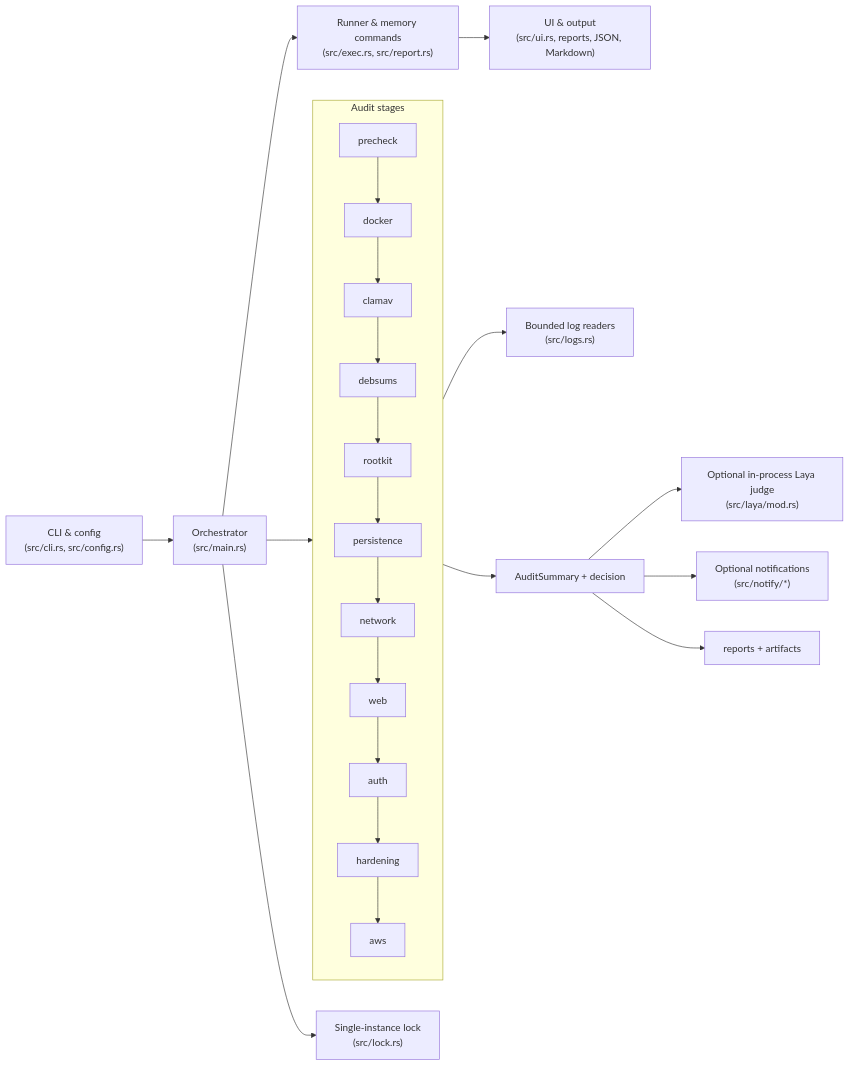
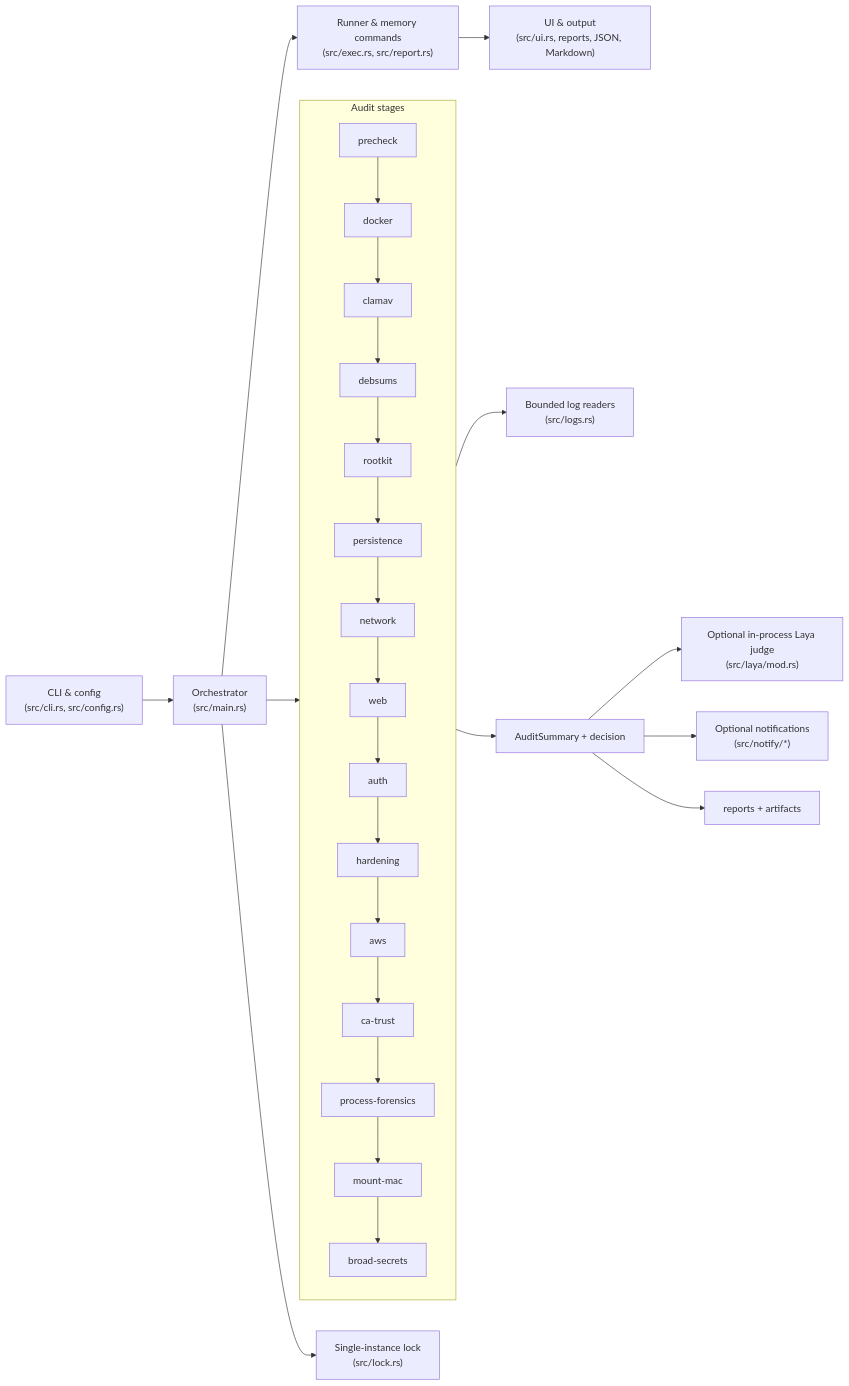
The diagram in README.md (albertjimenez/rs-security-checker), drawn with Mermaid before and after one commit. The commit also changed other lines of this file and 19 other files, not shown here.

Commit message:
- Added cd.yml and fixed ci.yml plus covering Jenkinsfile and shell syntax - Fixed tests that relied on not accessible paths - Implemented 4 new stages:   - Mount & MAC Audit   - Process Forensics   - Broad Secret Discovery   - CA Trust & eMudhra Audit

````diff
--- a/README.md
+++ b/README.md
@@ -278,26 +298,27 @@
 ```mermaid
 flowchart LR
     CLI["CLI & config\n(src/cli.rs, src/config.rs)"]
     RUN["Orchestrator\n(src/main.rs)"]
     RUNNER["Runner & memory commands\n(src/exec.rs, src/report.rs)"]
     LOCK["Single-instance lock\n(src/lock.rs)"]
     UI["UI & output\n(src/ui.rs, reports, JSON, Markdown)"]
 
     CLI --> RUN
     RUN --> RUNNER
     RUN --> LOCK
     RUNNER --> UI
 
     subgraph stages ["Audit stages"]
         S1["precheck"] --> S2["docker"] --> S3["clamav"] --> S4["debsums"]
         S4 --> S5["rootkit"] --> S6["persistence"] --> S7["network"] --> S8["web"]
         S8 --> S9["auth"] --> S10["hardening"] --> S11["aws"]
+      S11 --> S12["ca-trust"] --> S13["process-forensics"] --> S14["mount-mac"] --> S15["broad-secrets"]
     end
 
     RUN --> stages
     stages --> LOGS["Bounded log readers\n(src/logs.rs)"]
     stages --> SUMMARY["AuditSummary + decision"]
     SUMMARY --> LAYA["Optional in-process Laya judge\n(src/laya/mod.rs)"]
     SUMMARY --> NOTIFY["Optional notifications\n(src/notify/*)"]
     SUMMARY --> ARTIFACTS["reports + artifacts"]
 ```
````
